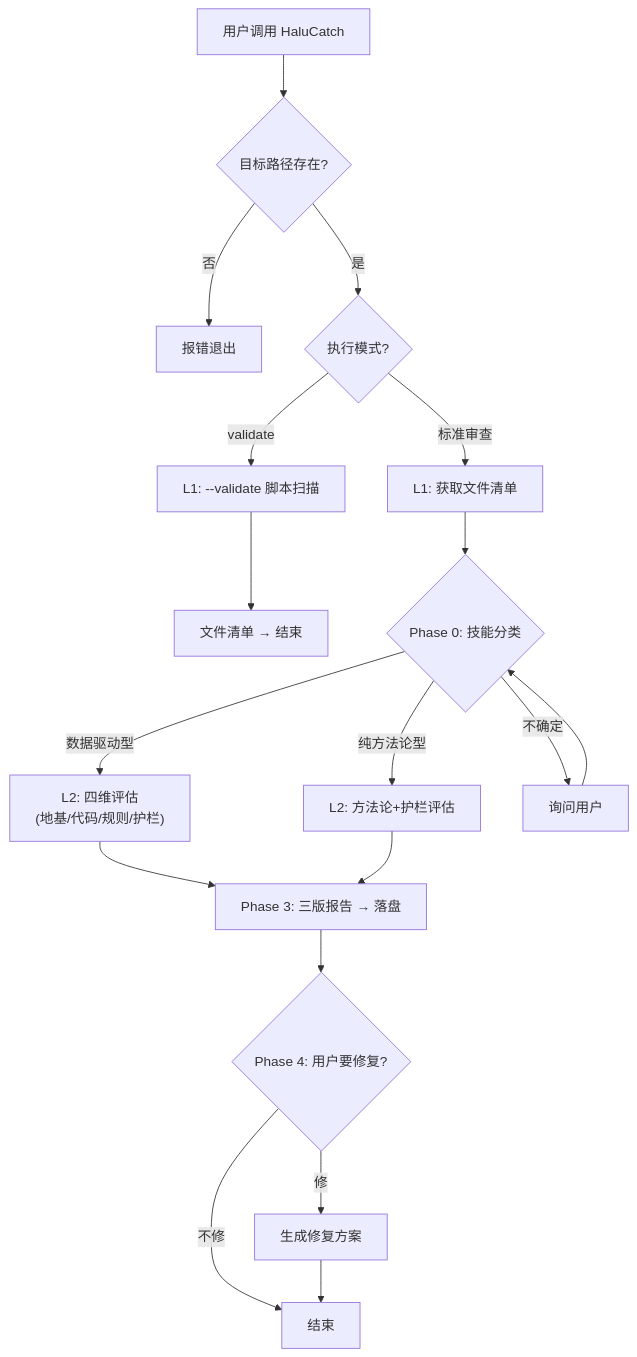
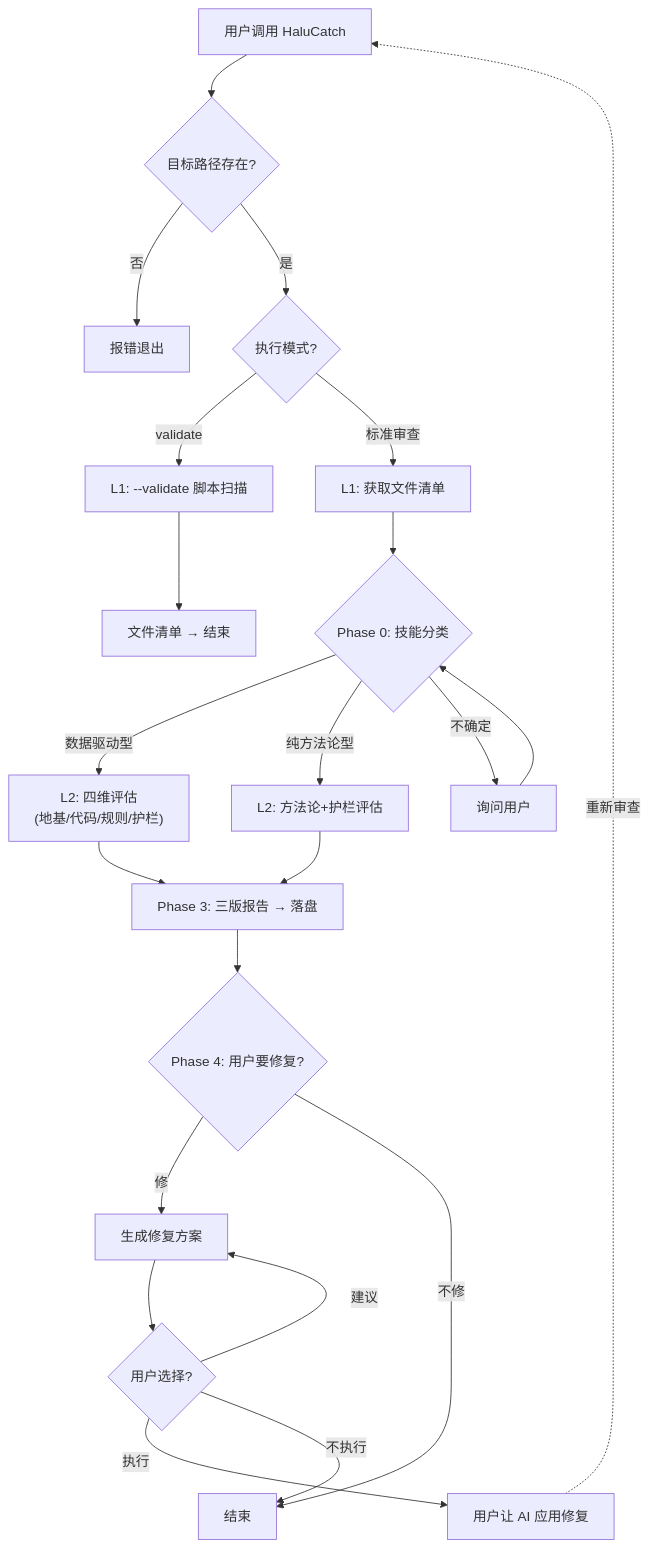
The diagram in README.md (CoderMoray/HaluCatch), drawn with Mermaid before and after one commit. The commit also changed 3 other files, not shown here.

````diff
--- a/README.md
+++ b/README.md
@@ -23,20 +23,24 @@
 ```mermaid
 flowchart TD
   A["用户调用 HaluCatch"] --> B{"目标路径存在?"}
   B -->|否| C["报错退出"]
   B -->|是| D{"执行模式?"}
   D -->|validate| E["L1: --validate 脚本扫描"]
   E --> F["文件清单 → 结束"]
   D -->|标准审查| G["L1: 获取文件清单"]
   G --> H{"Phase 0: 技能分类"}
   H -->|数据驱动型| I["L2: 四维评估<br/>(地基/代码/规则/护栏)"]
   H -->|纯方法论型| J["L2: 方法论+护栏评估"]
   H -->|不确定| K["询问用户"]
   K --> H
   I --> N["Phase 3: 三版报告 → 落盘"]
   J --> N
   N --> O{"Phase 4: 用户要修复?"}
   O -->|修| P["生成修复方案"]
   O -->|不修| Q["结束"]
-  P --> Q
+  P --> R{"用户选择?"}
+  R -->|执行| S["用户让 AI 应用修复"]
+  R -->|不执行| Q
+  R -->|建议| P
+  S -.->|重新审查| A
 ```
````
